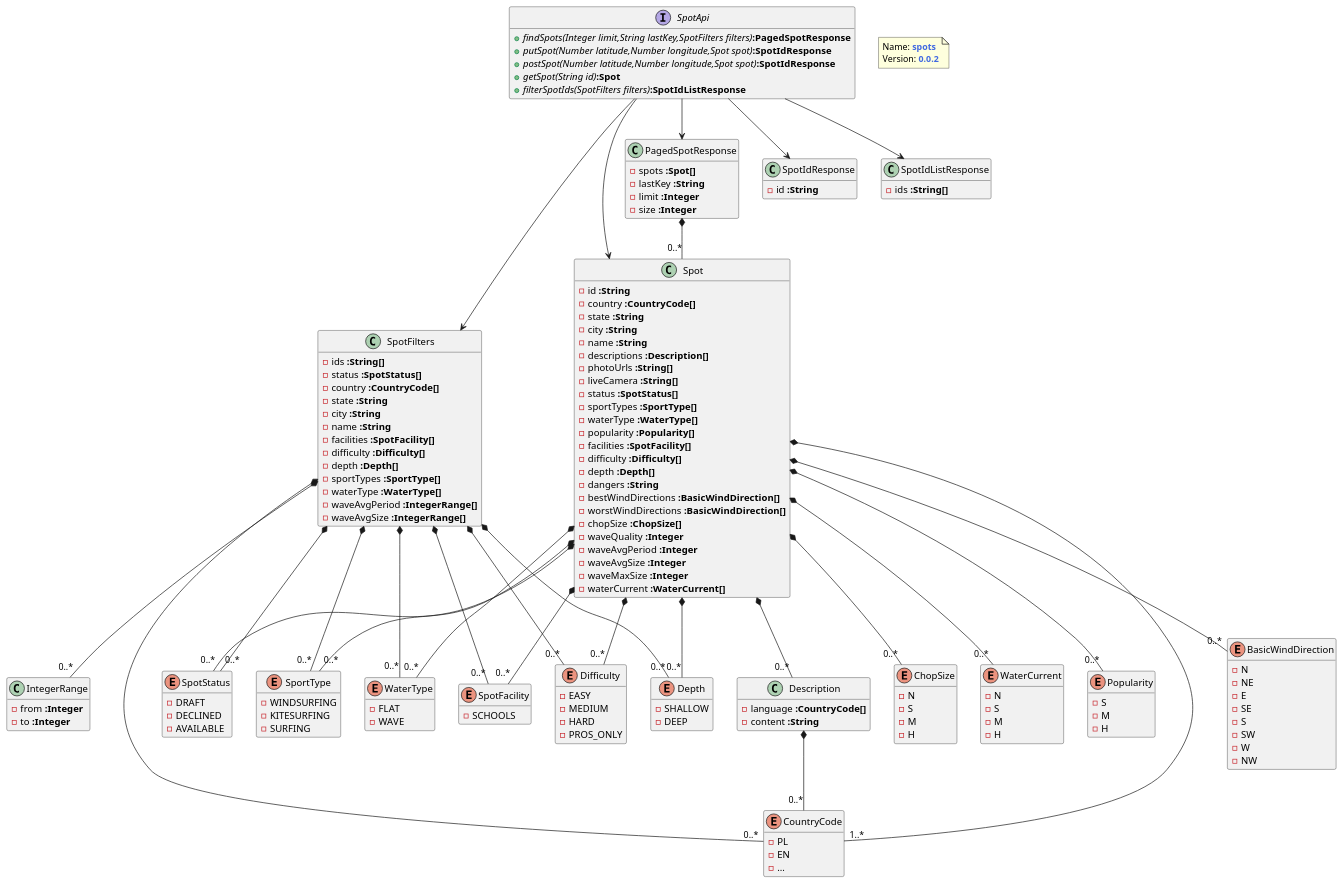
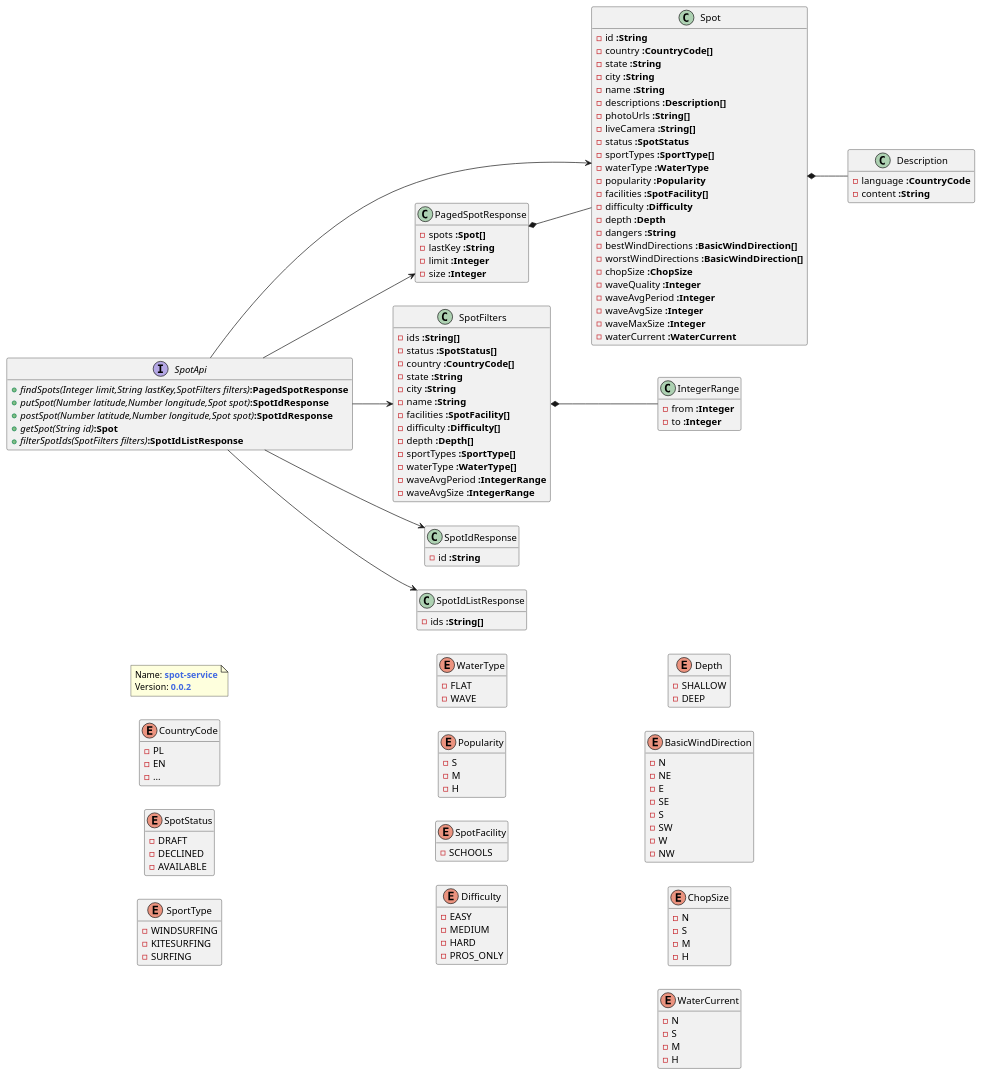
Before and after one commit to poznas/engineering-thesis: the diagram in plantuml/spot-api.puml, drawn with PlantUML. The commit also changed 2 other files, not shown here.

Commit message:
impl/domain - spot & map-supplier API class diagrams

```diff
--- a/plantuml/spot-api.puml
+++ b/plantuml/spot-api.puml
@@ -1,199 +1,181 @@
 @startuml
+left to right direction
 hide empty members
 set namespaceSeparator none
+
+note as N1
+  Name: <b><color:royalBlue>spot-service</color>
+  Version: <b><color:royalBlue>0.0.2</color>
+end note
 
 class  Spot {
 		 - id <b>:String</b> 
 		 - country <b>:CountryCode[]</b> 
 		 - state <b>:String</b> 
 		 - city <b>:String</b> 
 		 - name <b>:String</b> 
 		 - descriptions <b>:Description[]</b> 
 		 - photoUrls <b>:String[]</b> 
 		 - liveCamera <b>:String[]</b> 
-		 - status <b>:SpotStatus[]</b> 
+		 - status <b>:SpotStatus</b> 
 		 - sportTypes <b>:SportType[]</b> 
-		 - waterType <b>:WaterType[]</b> 
-		 - popularity <b>:Popularity[]</b> 
+		 - waterType <b>:WaterType</b> 
+		 - popularity <b>:Popularity</b> 
 		 - facilities <b>:SpotFacility[]</b> 
-		 - difficulty <b>:Difficulty[]</b> 
-		 - depth <b>:Depth[]</b> 
+		 - difficulty <b>:Difficulty</b> 
+		 - depth <b>:Depth</b> 
 		 - dangers <b>:String</b> 
 		 - bestWindDirections <b>:BasicWindDirection[]</b> 
 		 - worstWindDirections <b>:BasicWindDirection[]</b> 
-		 - chopSize <b>:ChopSize[]</b> 
+		 - chopSize <b>:ChopSize</b> 
 		 - waveQuality <b>:Integer</b> 
 		 - waveAvgPeriod <b>:Integer</b> 
 		 - waveAvgSize <b>:Integer</b> 
 		 - waveMaxSize <b>:Integer</b> 
-		 - waterCurrent <b>:WaterCurrent[]</b> 
+		 - waterCurrent <b>:WaterCurrent</b> 
 }
 
 class  SpotFilters {
 		 - ids <b>:String[]</b> 
 		 - status <b>:SpotStatus[]</b> 
 		 - country <b>:CountryCode[]</b> 
 		 - state <b>:String</b> 
 		 - city <b>:String</b> 
 		 - name <b>:String</b> 
 		 - facilities <b>:SpotFacility[]</b> 
 		 - difficulty <b>:Difficulty[]</b> 
 		 - depth <b>:Depth[]</b> 
 		 - sportTypes <b>:SportType[]</b> 
 		 - waterType <b>:WaterType[]</b> 
-		 - waveAvgPeriod <b>:IntegerRange[]</b> 
-		 - waveAvgSize <b>:IntegerRange[]</b> 
+		 - waveAvgPeriod <b>:IntegerRange</b> 
+		 - waveAvgSize <b>:IntegerRange</b> 
 }
 
 class  Description {
-		 - language <b>:CountryCode[]</b> 
+		 - language <b>:CountryCode</b> 
 		 - content <b>:String</b> 
 }
 
  enum CountryCode {
 		 - PL  
 		 - EN  
 		 - ...  		 
 }
 
  enum SpotStatus {
 		 - DRAFT  
 		 - DECLINED  
 		 - AVAILABLE  
 }
 
  enum SportType {
 		 - WINDSURFING  
 		 - KITESURFING  
 		 - SURFING  
 }
 
  enum WaterType {
 		 - FLAT  
 		 - WAVE  
 }
 
  enum Popularity {
 		 - S  
 		 - M  
 		 - H  
 }
 
  enum SpotFacility {
 		 - SCHOOLS  
 }
 
  enum Difficulty {
 		 - EASY  
 		 - MEDIUM  
 		 - HARD  
 		 - PROS_ONLY  
 }
 
  enum Depth {
 		 - SHALLOW  
 		 - DEEP  
 }
 
  enum BasicWindDirection {
 		 - N  
 		 - NE  
 		 - E  
 		 - SE  
 		 - S  
 		 - SW  
 		 - W  
 		 - NW  
 }
 
  enum ChopSize {
 		 - N  
 		 - S  
 		 - M  
 		 - H  
 }
 
  enum WaterCurrent {
 		 - N  
 		 - S  
 		 - M  
 		 - H  
 }
 
 class  IntegerRange {
 		 - from <b>:Integer</b> 
 		 - to <b>:Integer</b> 
 }
 
 class  PagedSpotResponse {
 		 - spots <b>:Spot[]</b> 
 		 - lastKey <b>:String</b> 
 		 - limit <b>:Integer</b> 
 		 - size <b>:Integer</b> 
 }
 
 class  SpotIdResponse {
 		 - id <b>:String</b> 
 }
 
 class  SpotIdListResponse {
 		 - ids <b>:String[]</b> 
 }
 
 
 interface SpotApi {
 	 + <i>findSpots(Integer limit,String lastKey,SpotFilters filters)</i><b>:PagedSpotResponse</b> 
 }
 
 interface SpotApi {
 	 + <i>putSpot(Number latitude,Number longitude,Spot spot)</i><b>:SpotIdResponse</b> 
 }
 
 interface SpotApi {
 	 + <i>postSpot(Number latitude,Number longitude,Spot spot)</i><b>:SpotIdResponse</b> 
 }
 
 interface SpotApi {
 	 + <i>getSpot(String id)</i><b>:Spot</b> 
 }
 
 interface SpotApi {
 	 + <i>filterSpotIds(SpotFilters filters)</i><b>:SpotIdListResponse</b> 
 }
 
+Spot  *--   Description 
 
-Spot  *-- "1..*"  CountryCode 
-Spot  *-- "0..*"  Description 
-Spot  *-- "0..*"  SpotStatus 
-Spot  *-- "0..*"  SportType 
-Spot  *-- "0..*"  WaterType 
-Spot  *-- "0..*"  Popularity 
-Spot  *-- "0..*"  SpotFacility 
-Spot  *-- "0..*"  Difficulty 
-Spot  *-- "0..*"  Depth 
-Spot  *-- "0..*"  BasicWindDirection 
-Spot  *-- "0..*"  ChopSize 
-Spot  *-- "0..*"  WaterCurrent 
-SpotFilters  *-- "0..*"  SpotStatus 
-SpotFilters  *-- "0..*"  CountryCode 
-SpotFilters  *-- "0..*"  SpotFacility 
-SpotFilters  *-- "0..*"  Difficulty 
-SpotFilters  *-- "0..*"  Depth 
-SpotFilters  *-- "0..*"  SportType 
-SpotFilters  *-- "0..*"  WaterType 
-SpotFilters  *-- "0..*"  IntegerRange 
-Description  *-- "0..*"  CountryCode 
-PagedSpotResponse  *-- "0..*"  Spot 
+SpotFilters  *--  IntegerRange 
+PagedSpotResponse  *--   Spot 
 SpotApi -->    PagedSpotResponse 
 SpotApi -->    SpotFilters 
 SpotApi -->    SpotIdResponse 
 SpotApi -->    Spot 
 SpotApi -->    SpotIdListResponse 
 
-note as N1
-  Name: <b><color:royalBlue>spots</color>
-  Version: <b><color:royalBlue>0.0.2</color>
-end note
-
 
 @enduml
```
